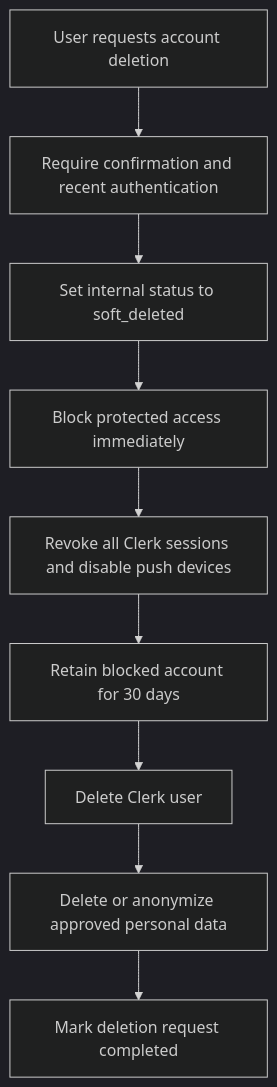
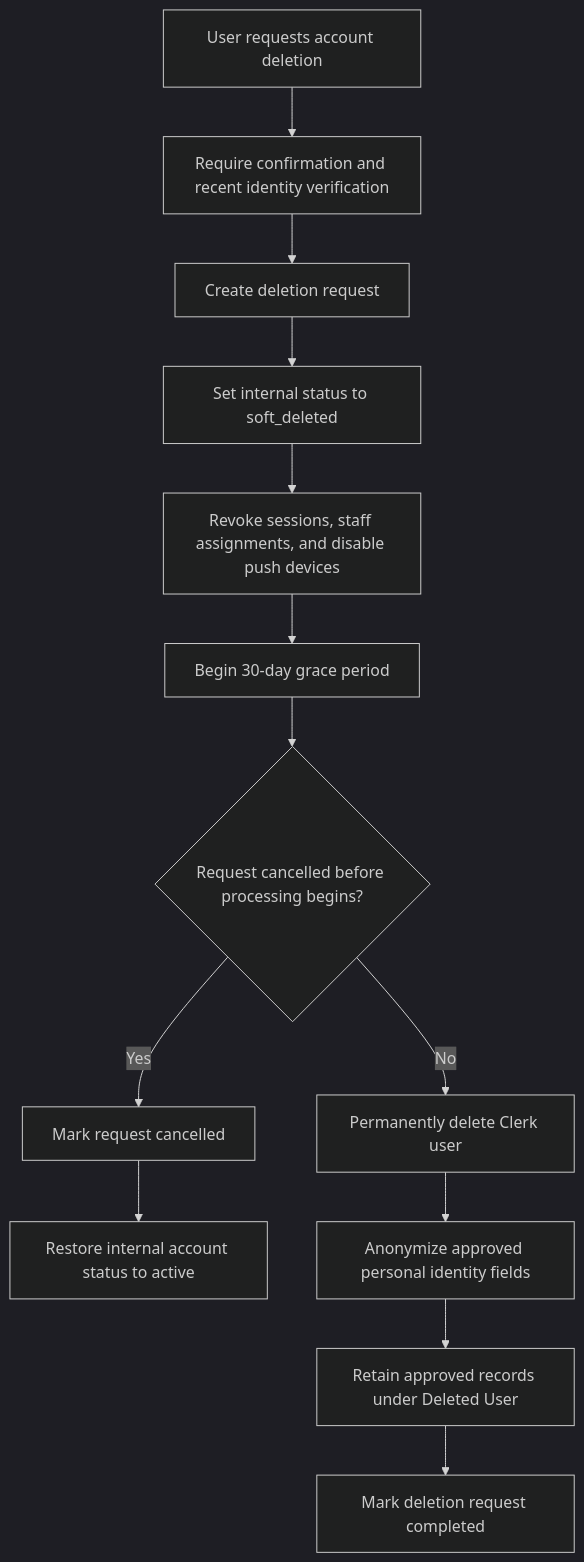
Before and after one commit to ernestosoto3/TDA: the fourth of 4 diagrams in documentation/architecture/authentication_authorization_architecture.md, drawn with Mermaid (dark theme). The commit also changed other lines of this file and 11 other files, not shown here.

````diff
--- a/documentation/architecture/authentication_authorization_architecture.md
+++ b/documentation/architecture/authentication_authorization_architecture.md
@@ -577,11 +577,15 @@
 ```mermaid
 flowchart TD
-    A[User requests account deletion] --> B[Require confirmation and recent authentication]
-    B --> C[Set internal status to soft_deleted]
-    C --> D[Block protected access immediately]
-    D --> E[Revoke all Clerk sessions and disable push devices]
-    E --> F[Retain blocked account for 30 days]
-    F --> G[Delete Clerk user]
-    G --> H[Delete or anonymize approved personal data]
-    H --> I[Mark deletion request completed]
+    A[User requests account deletion] --> B[Require confirmation and recent identity verification]
+    B --> C[Create deletion request]
+    C --> D[Set internal status to soft_deleted]
+    D --> E[Revoke sessions, staff assignments, and disable push devices]
+    E --> F[Begin 30-day grace period]
+    F --> G{Request cancelled before processing begins?}
+    G -->|Yes| H[Mark request cancelled]
+    H --> I[Restore internal account status to active]
+    G -->|No| J[Permanently delete Clerk user]
+    J --> K[Anonymize approved personal identity fields]
+    K --> L[Retain approved records under Deleted User]
+    L --> M[Mark deletion request completed]
 ```
````
